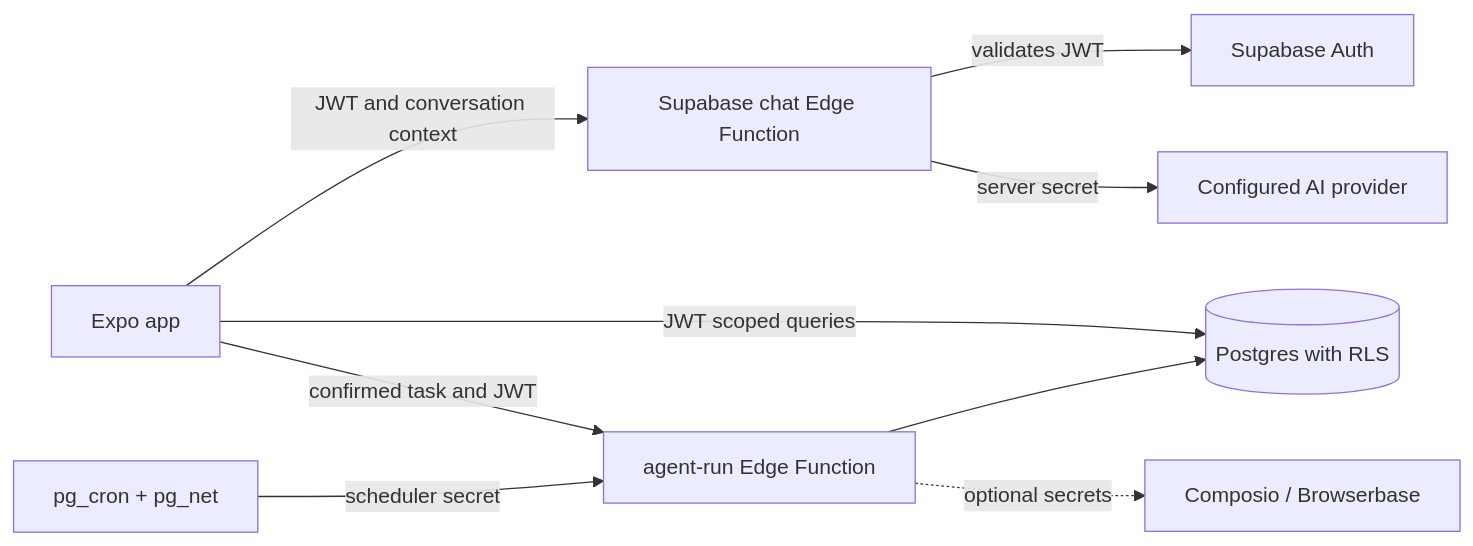
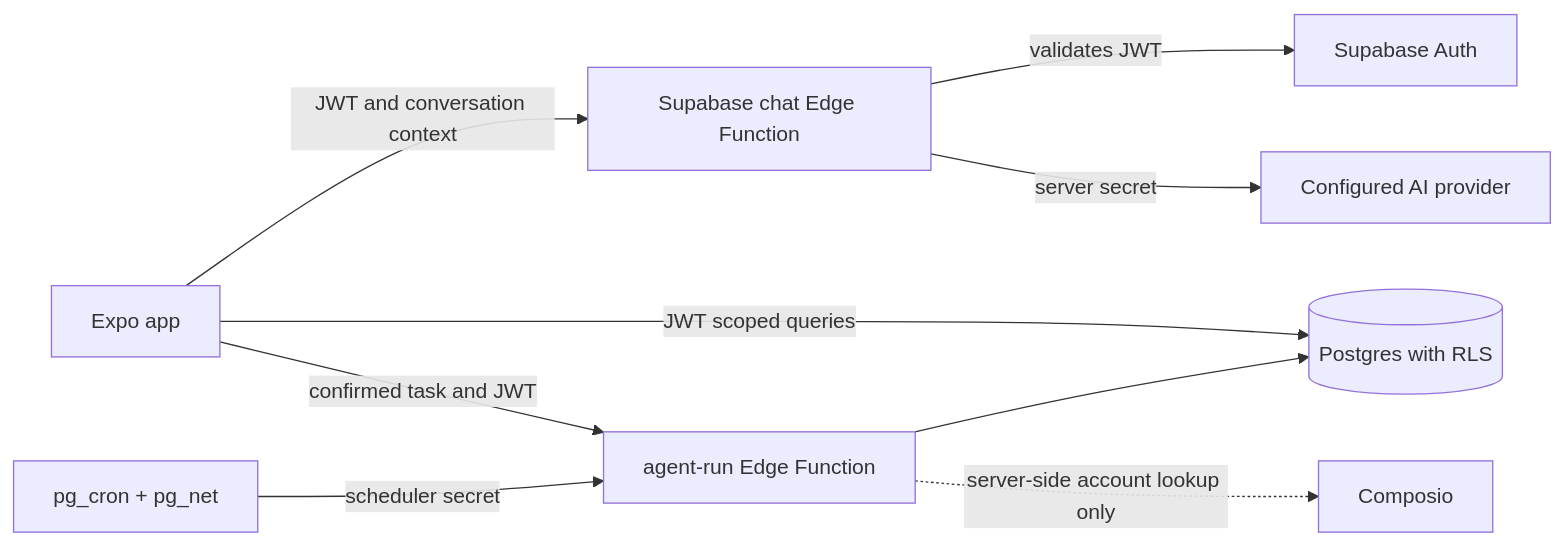
One commit to Tamajit123/TARS changed the diagram in docs/ARCHITECTURE.md. Above: the diagram before and after it, drawn with Mermaid. The commit also changed other lines of this file and 54 other files, not shown here.

````diff
--- a/docs/ARCHITECTURE.md
+++ b/docs/ARCHITECTURE.md
@@ -38,11 +38,11 @@
 ```mermaid
 flowchart LR
   App[Expo app] -->|JWT and conversation context| Chat[Supabase chat Edge Function]
   Chat -->|validates JWT| Auth[Supabase Auth]
   Chat -->|server secret| AI[Configured AI provider]
   App -->|JWT scoped queries| DB[(Postgres with RLS)]
   App -->|confirmed task and JWT| Runner[agent-run Edge Function]
   Cron[pg_cron + pg_net] -->|scheduler secret| Runner
   Runner --> DB
-  Runner -. optional secrets .-> Integrations[Composio / Browserbase]
+  Runner -. server-side account lookup only .-> Integrations[Composio]
 ```
````
